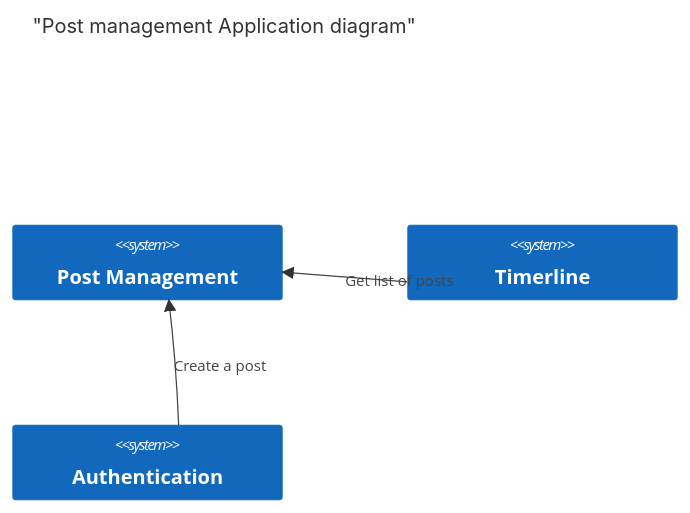
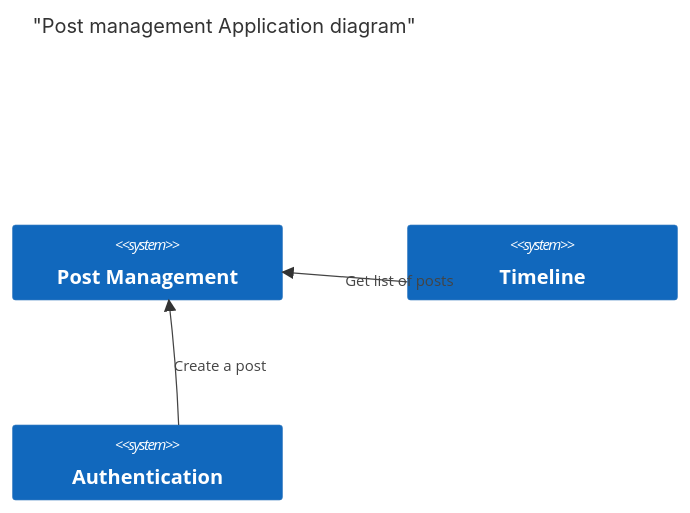
One commit to friendpost-july/Post-Management changed the first of 2 diagrams in README.md. Above: the diagram before and after it, drawn with Mermaid.

````diff
--- a/README.md
+++ b/README.md
@@ -6,13 +6,13 @@
 ```mermaid
 C4Context
 title "Post management Application diagram"
 
 System(postmanagement,"Post Management","")
-System(timeline,"Timerline")
+System(timeline,"Timeline")
 System(auth,"Authentication")
 
 Rel(timeline,postmanagement,"Get list of posts")
 Rel(auth,postmanagement,"Create a post")
 
 UpdateLayoutConfig("2","1")
 ```
````
